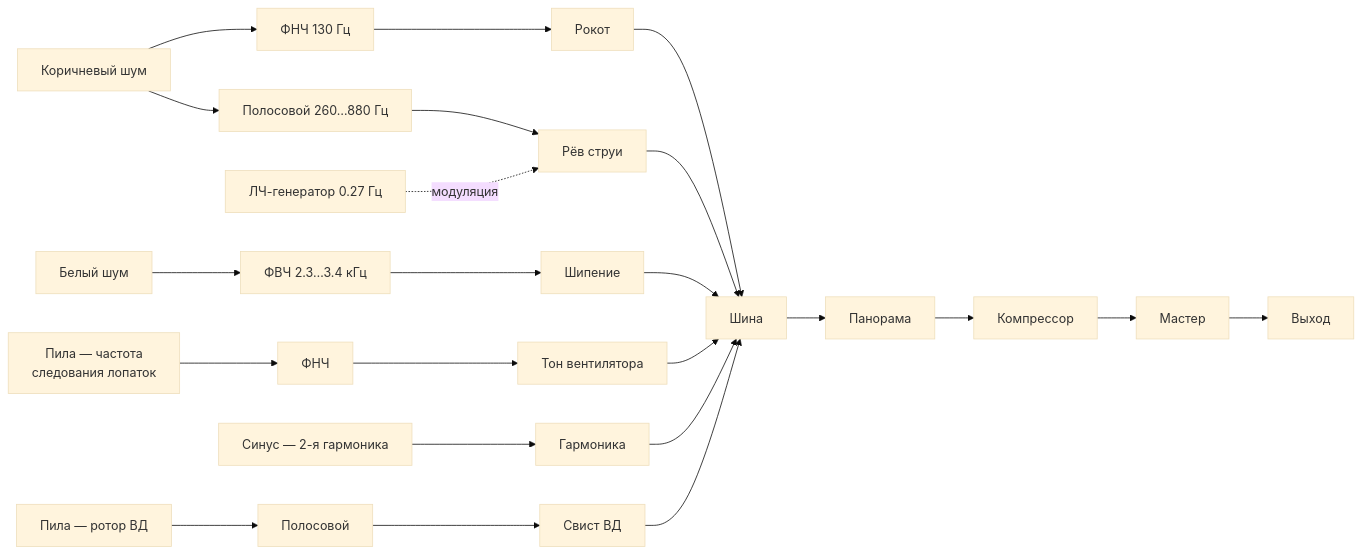
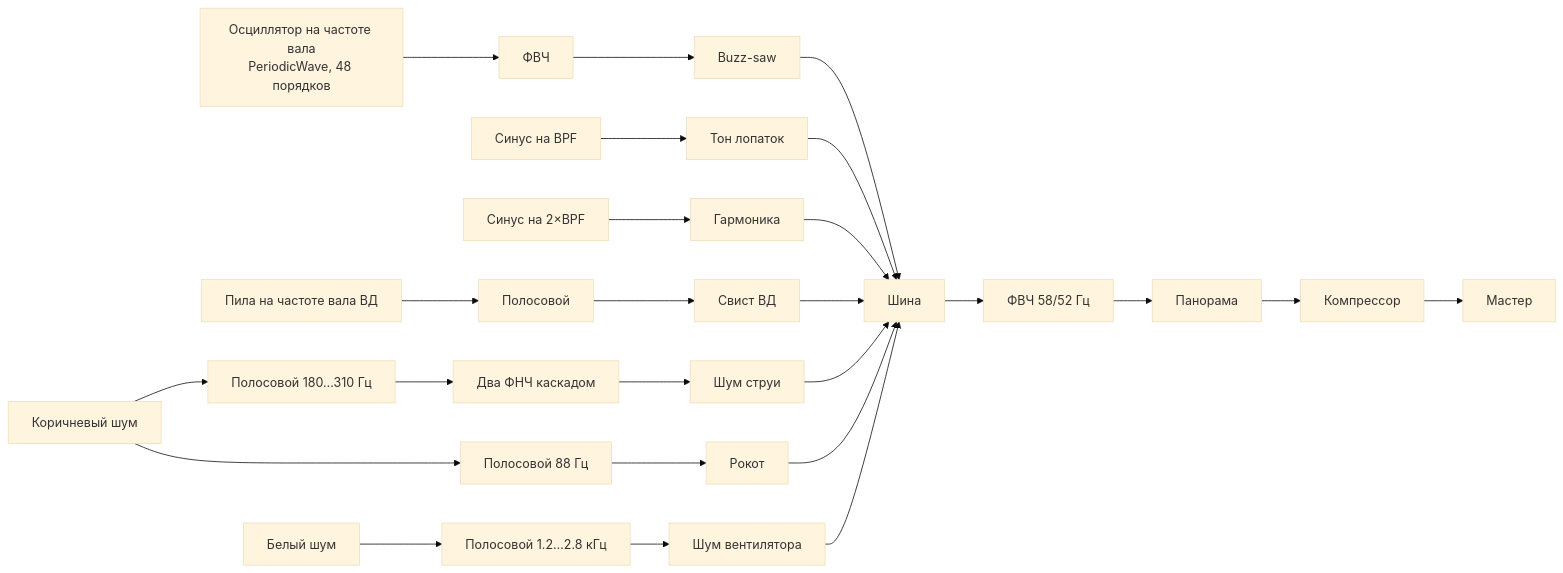
The diagram in docs/06-sound.md (jubbon/jet-engine-3d), drawn with Mermaid (base theme) before and after one commit. The commit also changed other lines of this file and 13 other files, not shown here.

````diff
--- a/docs/06-sound.md
+++ b/docs/06-sound.md
@@ -9,17 +63,18 @@
 ```mermaid
 graph LR
-  BN[Коричневый шум] --> RF[ФНЧ 130 Гц] --> RG[Рокот]
-  BN --> OF[Полосовой 260…880 Гц] --> OG[Рёв струи]
-  WN[Белый шум] --> HF[ФВЧ 2.3…3.4 кГц] --> HG[Шипение]
-  FO[Пила — частота<br/>следования лопаток] --> FF[ФНЧ] --> FG[Тон вентилятора]
-  F2[Синус — 2-я гармоника] --> F2G[Гармоника]
-  NO[Пила — ротор ВД] --> NF[Полосовой] --> NG[Свист ВД]
-  LFO[ЛЧ-генератор 0.27 Гц] -.модуляция.-> OG
-  RG --> BUS[Шина]
-  OG --> BUS
-  HG --> BUS
+  CO["Осциллятор на частоте вала<br/>PeriodicWave, 48 порядков"] --> CF[ФВЧ] --> CG[Buzz-saw]
+  BO["Синус на BPF"] --> BG[Тон лопаток]
+  B2["Синус на 2×BPF"] --> B2G[Гармоника]
+  NO["Пила на частоте вала ВД"] --> NF[Полосовой] --> NG[Свист ВД]
+  BN[Коричневый шум] --> JB["Полосовой 180…310 Гц"] --> JL[Два ФНЧ каскадом] --> JG[Шум струи]
+  BN --> RF["Полосовой 88 Гц"] --> RG[Рокот]
+  WN[Белый шум] --> FB[Полосовой 1.2…2.8 кГц] --> FG[Шум вентилятора]
+  CG --> BUS[Шина]
+  BG --> BUS
+  B2G --> BUS
+  NG --> BUS
+  JG --> BUS
+  RG --> BUS
   FG --> BUS
-  F2G --> BUS
-  NG --> BUS
-  BUS --> PAN[Панорама] --> COMP[Компрессор] --> MAS[Мастер] --> OUT[Выход]
+  BUS --> HP[ФВЧ 58/52 Гц] --> PAN[Панорама] --> COMP[Компрессор] --> MAS[Мастер]
 ```
````
